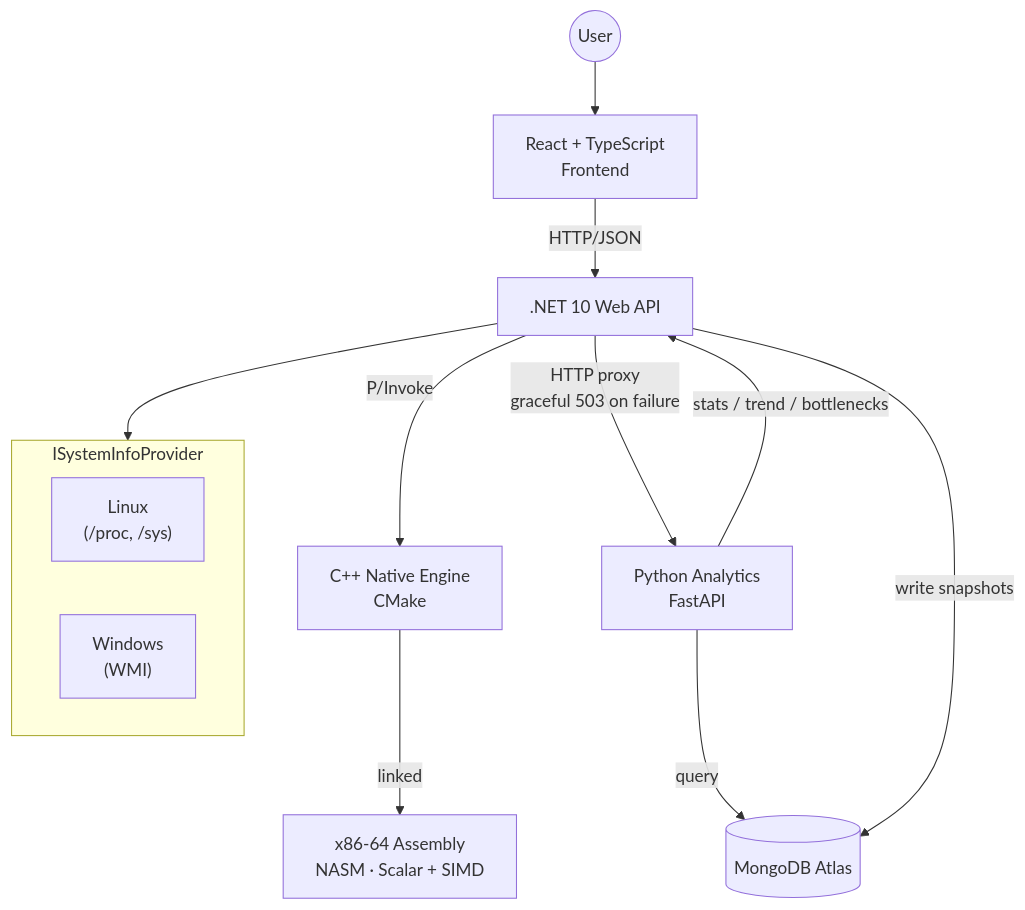
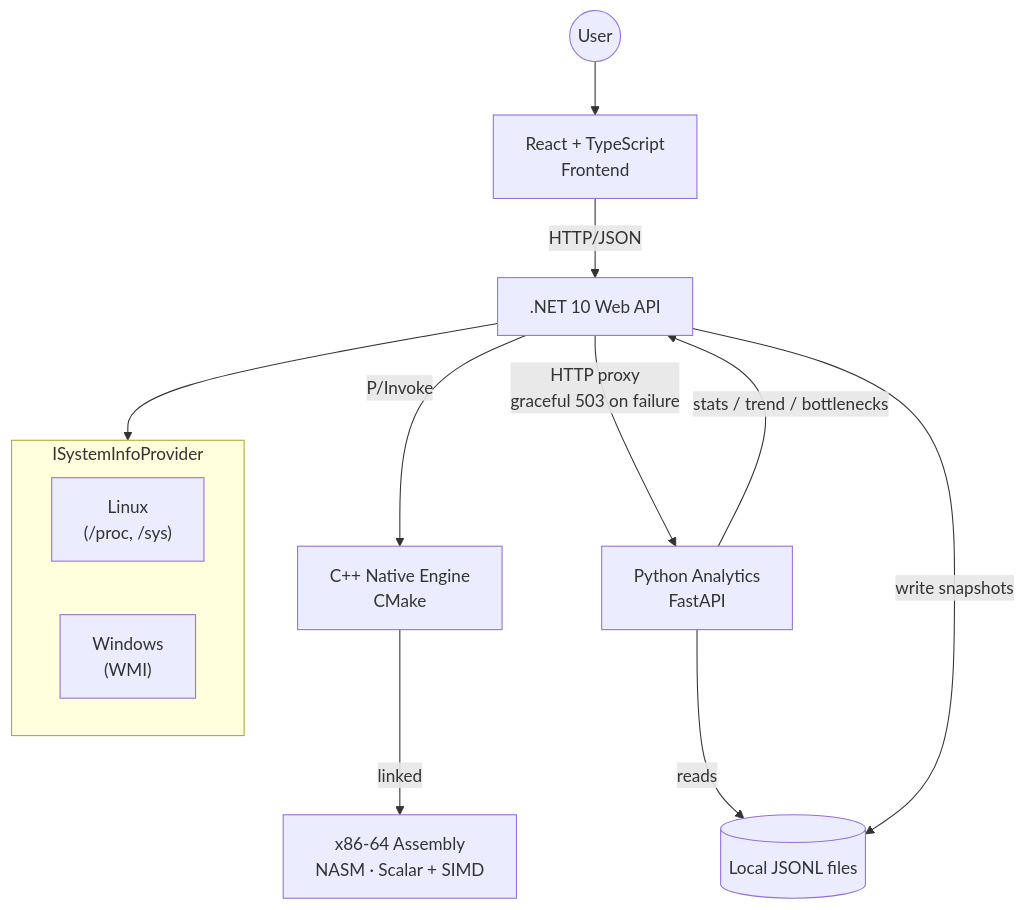
One commit to VipulSharma143/System-Info changed the diagram in README.md. Above: the diagram before and after it, drawn with Mermaid. The commit also changed other lines of this file and 45 other files, not shown here.

````diff
--- a/README.md
+++ b/README.md
@@ -84,20 +86,20 @@
 ```mermaid
 flowchart TB
     U((User)) --> FE[React + TypeScript<br/>Frontend]
     FE -- HTTP/JSON --> API[.NET 10 Web API]
 
     subgraph Providers["ISystemInfoProvider"]
         direction LR
         LIN["Linux<br/>(/proc, /sys)"]
         WIN["Windows<br/>(WMI)"]
     end
 
     API --> Providers
     API -- P/Invoke --> CPP[C++ Native Engine<br/>CMake]
     CPP -- linked --> ASM[x86-64 Assembly<br/>NASM · Scalar + SIMD]
 
     API -- HTTP proxy<br/>graceful 503 on failure --> PY[Python Analytics<br/>FastAPI]
     PY -- stats / trend / bottlenecks --> API
-    PY -- query --> DB[(MongoDB Atlas)]
+    PY -- reads --> DB[(Local JSONL files)]
     API -- write snapshots --> DB
 ```
````
